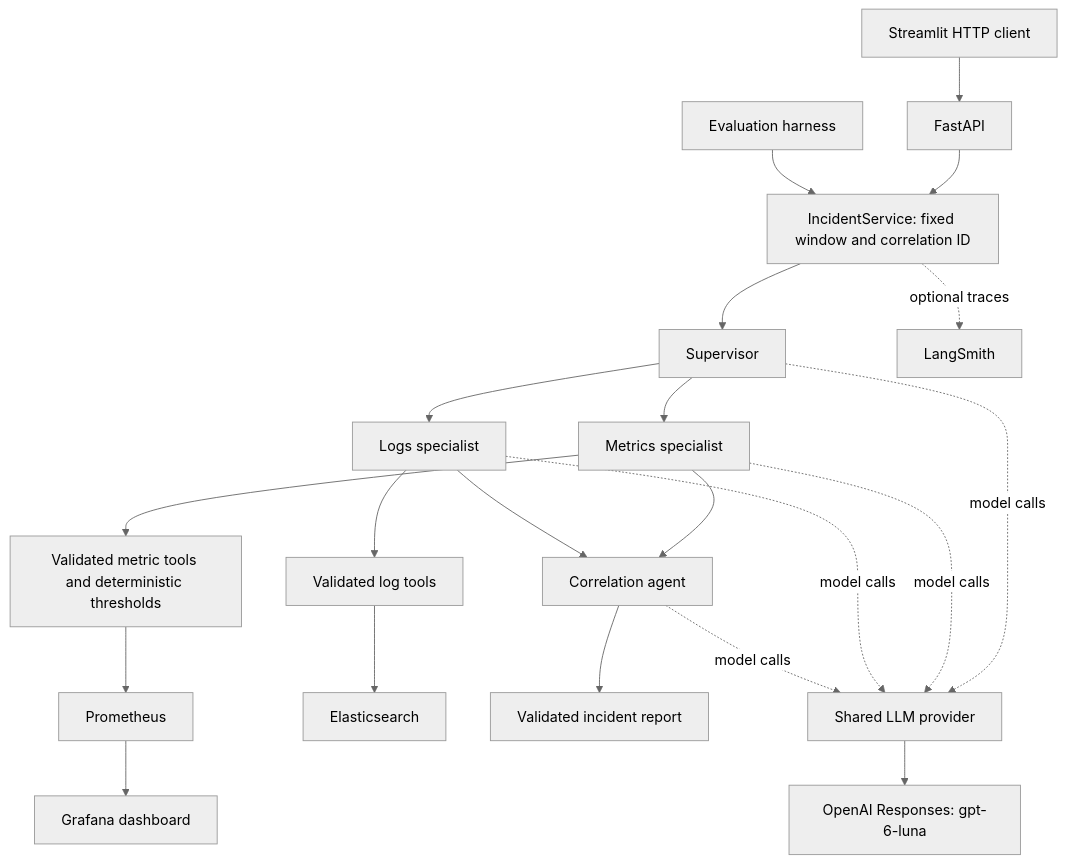
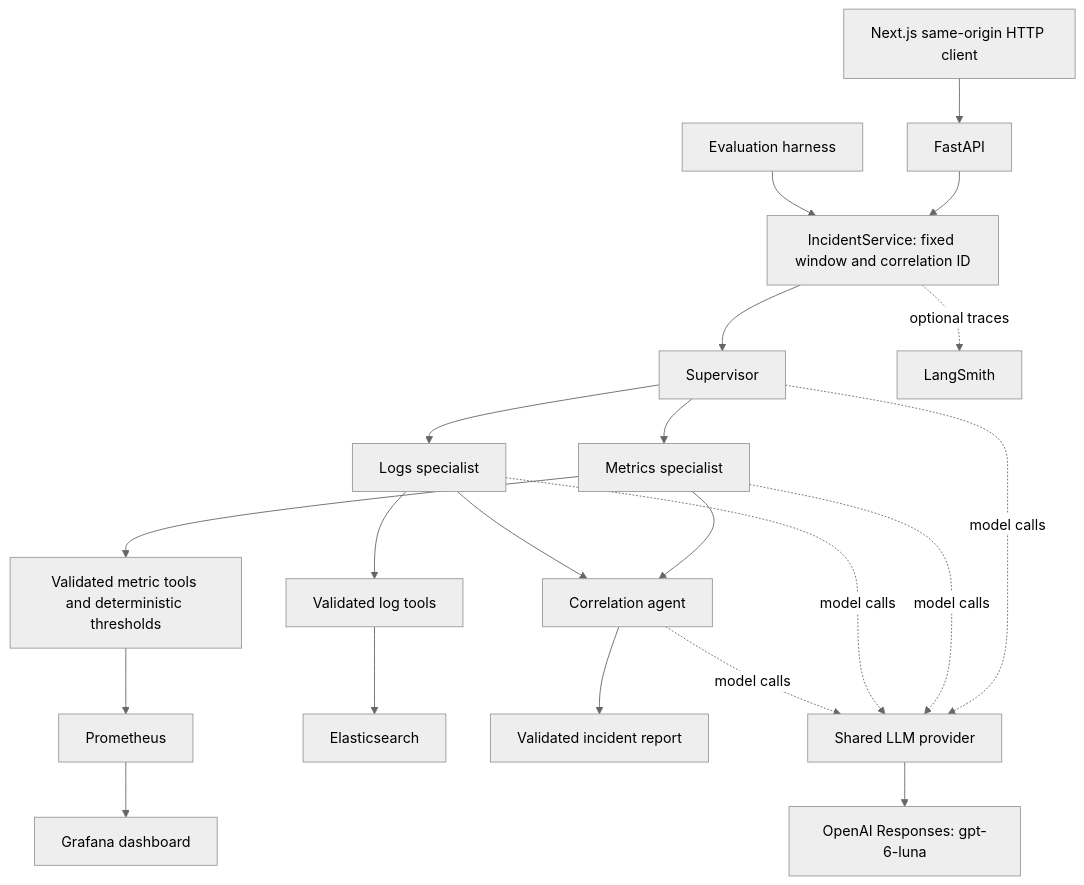
One commit to rensilver/incident-response-copilot changed the diagram in README.md. Above: the diagram before and after it, drawn with Mermaid (neutral theme). The commit also changed other lines of this file and 18 other files, not shown here.

````diff
--- a/README.md
+++ b/README.md
@@ -125,23 +120,23 @@
 ```mermaid
 flowchart TD
-    UI[Streamlit HTTP client] --> API[FastAPI]
+    UI[Next.js same-origin HTTP client] --> API[FastAPI]
     API --> Service[IncidentService: fixed window and correlation ID]
     Eval[Evaluation harness] --> Service
     Service --> Supervisor[Supervisor]
     Supervisor --> Metrics[Metrics specialist]
     Supervisor --> Logs[Logs specialist]
     Metrics --> MT[Validated metric tools and deterministic thresholds]
     Logs --> LT[Validated log tools]
     MT --> Prom[Prometheus]
     LT --> ES[Elasticsearch]
     Metrics --> Correlation[Correlation agent]
     Logs --> Correlation
     Correlation --> Report[Validated incident report]
     Prom --> Grafana[Grafana dashboard]
     Service -. optional traces .-> LS[LangSmith]
     Provider[Shared LLM provider] --> OpenAI[OpenAI Responses: gpt-6-luna]
     Supervisor -. model calls .-> Provider
     Metrics -. model calls .-> Provider
     Logs -. model calls .-> Provider
     Correlation -. model calls .-> Provider
 ```
````
